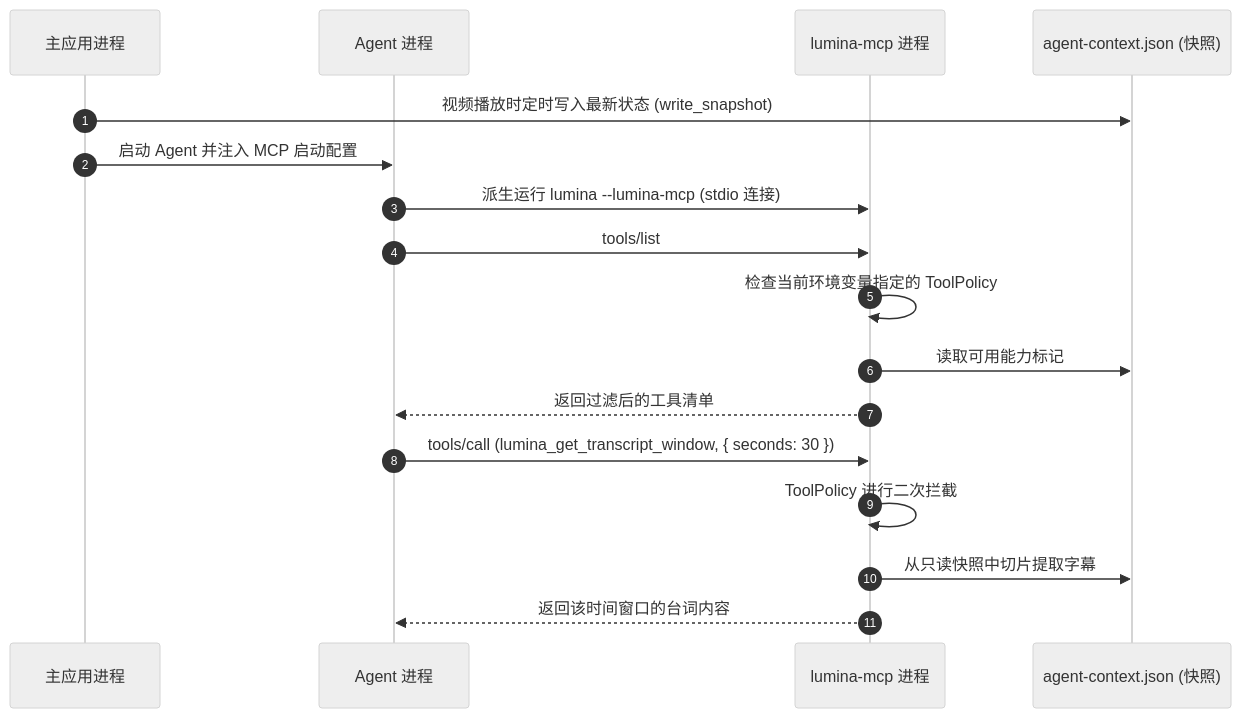
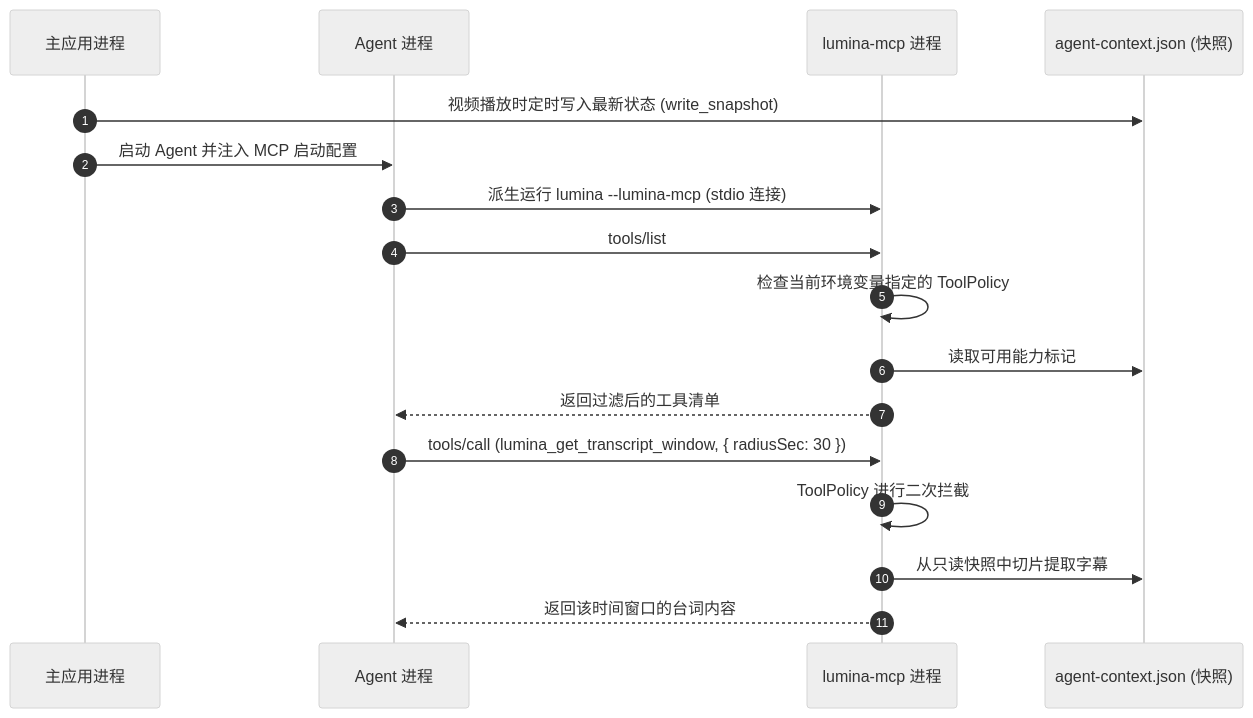
The diagram in crates/lumina-mcp/src/README.md (yitom486/lumina), drawn with Mermaid (neutral theme) before and after one commit. The commit also changed other lines of this file and 14 other files, not shown here.

````diff
--- a/crates/lumina-mcp/src/README.md
+++ b/crates/lumina-mcp/src/README.md
@@ -115,22 +116,22 @@
 ```mermaid
 sequenceDiagram
     autonumber
     participant Main as 主应用进程
     participant Agent as Agent 进程
     participant Mcp as lumina-mcp 进程
     participant Snap as agent-context.json (快照)
 
     Main->>Snap: 视频播放时定时写入最新状态 (write_snapshot)
     Main->>Agent: 启动 Agent 并注入 MCP 启动配置
     Agent->>Mcp: 派生运行 lumina --lumina-mcp (stdio 连接)
 
     Agent->>Mcp: tools/list
     Mcp->>Mcp: 检查当前环境变量指定的 ToolPolicy
     Mcp->>Snap: 读取可用能力标记
     Mcp-->>Agent: 返回过滤后的工具清单
 
-    Agent->>Mcp: tools/call (lumina_get_transcript_window, { seconds: 30 })
+    Agent->>Mcp: tools/call (lumina_get_transcript_window, { radiusSec: 30 })
     Mcp->>Mcp: ToolPolicy 进行二次拦截
     Mcp->>Snap: 从只读快照中切片提取字幕
     Mcp-->>Agent: 返回该时间窗口的台词内容
 ```
````
